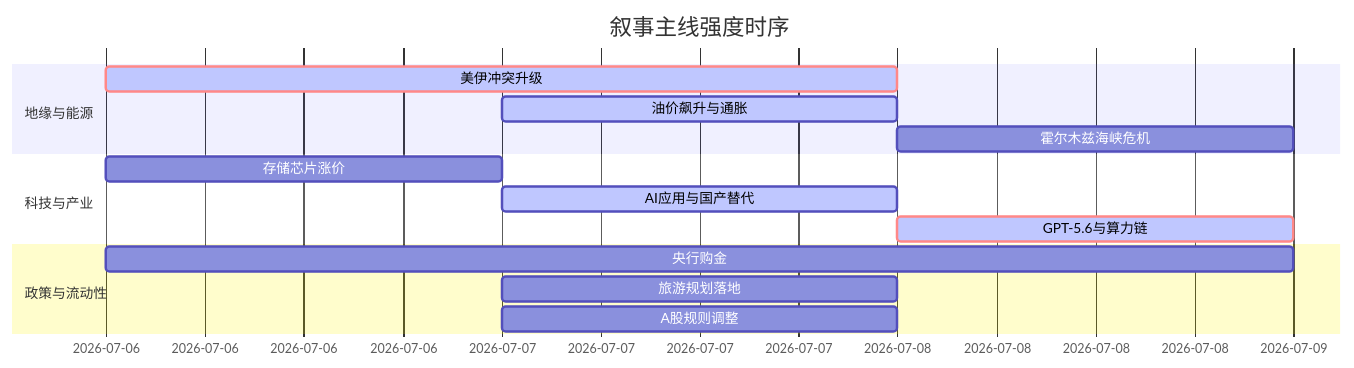
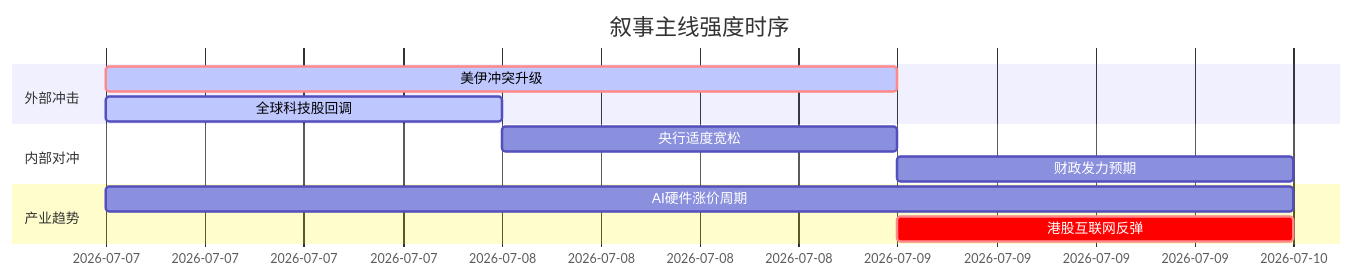
The diagram in 5day_report.md (uu5zn/uu5zn.github.io), drawn with Mermaid before and after one commit. The commit also changed other lines of this file and 23 other files, not shown here.

````diff
--- a/5day_report.md
+++ b/5day_report.md
@@ -54,19 +54,16 @@
 ```mermaid
 gantt
     title 叙事主线强度时序
     dateFormat  YYYY-MM-DD
-    section 地缘与能源
-    美伊冲突升级   :crit, active, 2026-07-06, 2d
-    油价飙升与通胀   :active, 2026-07-07, 1d
-    霍尔木兹海峡危机 :2026-07-08, 1d
+    section 外部冲击
+    美伊冲突升级   :crit, active, 2026-07-07, 2d
+    全球科技股回调   :active, 2026-07-07, 1d
     
-    section 科技与产业
-    存储芯片涨价   :2026-07-06, 1d
-    AI应用与国产替代 :active, 2026-07-07, 1d
-    GPT-5.6与算力链 :crit, active, 2026-07-08, 1d
+    section 内部对冲
+    央行适度宽松   :2026-07-08, 1d
+    财政发力预期   :2026-07-09, 1d
     
-    section 政策与流动性
-    央行购金       :2026-07-06, 3d
-    旅游规划落地   :2026-07-07, 1d
-    A股规则调整    :2026-07-07, 1d
+    section 产业趋势
+    AI硬件涨价周期   :2026-07-07, 3d
+    港股互联网反弹   :crit, 2026-07-09, 1d
 ```
````
